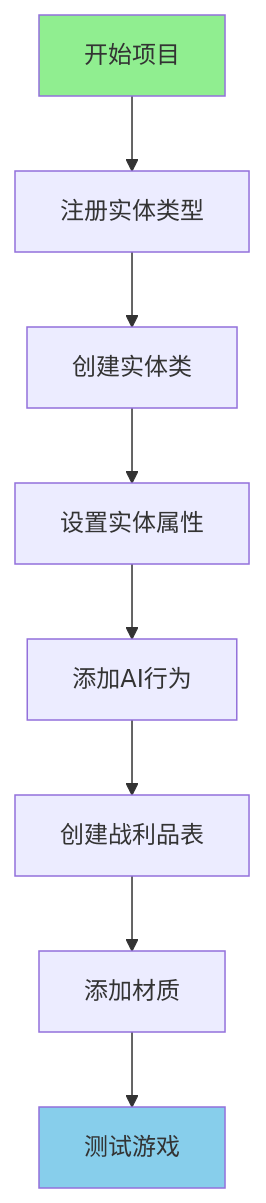
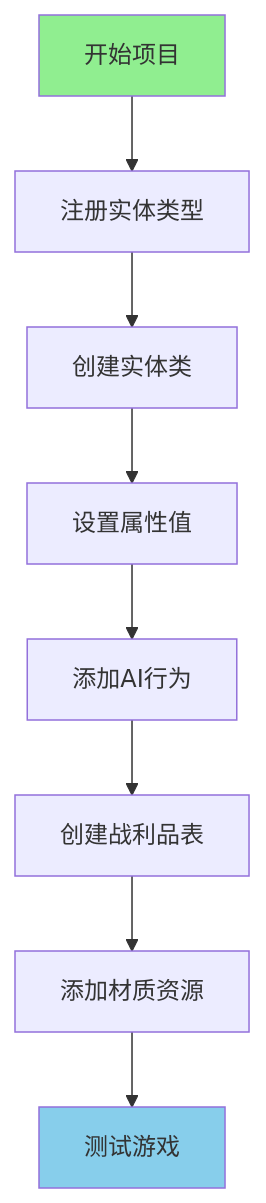
Before and after one commit to BaiGave/Minecraft-Learning: the first of 2 diagrams in content/mc/1.21/core/-/tutorials/Part-12-Practice/100-project3-entity.md, drawn with Mermaid. The commit also changed other lines of this file and 395 other files, not shown here.

````diff
--- a/content/mc/1.21/core/-/tutorials/Part-12-Practice/100-project3-entity.md
+++ b/content/mc/1.21/core/-/tutorials/Part-12-Practice/100-project3-entity.md
@@ -27,13 +30,13 @@
 ```mermaid
 flowchart TD
     A[开始项目] --> B[注册实体类型]
     B --> C[创建实体类]
-    C --> D[设置实体属性]
+    C --> D[设置属性值]
     D --> E[添加AI行为]
     E --> F[创建战利品表]
-    F --> G[添加材质]
+    F --> G[添加材质资源]
     G --> H[测试游戏]
     
     style A fill:#90EE90
     style H fill:#87CEEB
 ```
````
